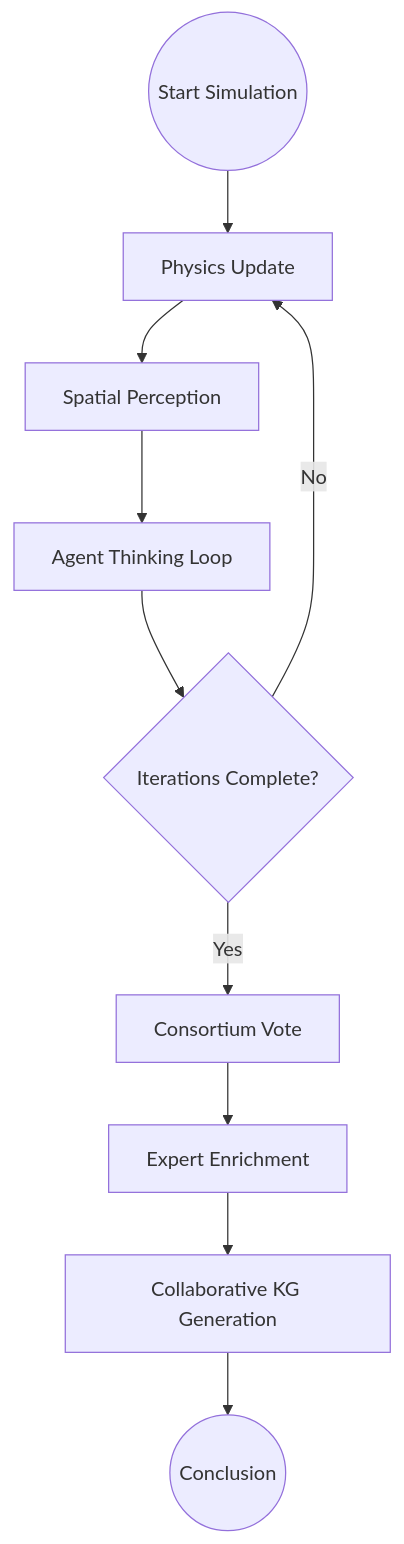
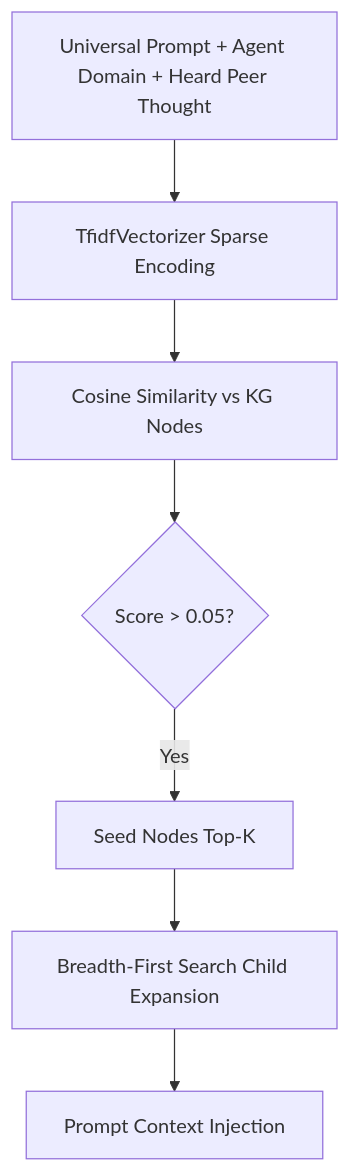
Before and after one commit to AnimalGuide-MackHaber/Murmuration_swarm: the third of 3 diagrams in README.md, drawn with Mermaid. The commit also changed other lines of this file and 155 other files, not shown here.

Commit message:
Refactor core architecture, add FastAPI/React Control Tower, synthetic organism governor, and update documentation

````diff
--- a/README.md
+++ b/README.md
@@ -11,12 +115,9 @@
 ```mermaid
 graph TD
-    Start((Start Simulation)) --> Physics[Physics Update]
-    Physics --> Perceive[Spatial Perception]
-    Perceive --> Think[Agent Thinking Loop]
-    Think --> Continue{Iterations Complete?}
-    Continue -- No --> Physics
-    Continue -- Yes --> Vote[Consortium Vote]
-    Vote --> Enrich[Expert Enrichment]
-    Enrich --> KG[Collaborative KG Generation]
-    KG --> End((Conclusion))
+    Query[Universal Prompt + Agent Domain + Heard Peer Thought] --> Vectorize[TfidfVectorizer Sparse Encoding]
+    Vectorize --> Cosine[Cosine Similarity vs KG Nodes]
+    Cosine --> TopK{Score > 0.05?}
+    TopK -- Yes --> Seed[Seed Nodes Top-K]
+    Seed --> BFS[Breadth-First Search Child Expansion]
+    BFS --> Prompt[Prompt Context Injection]
 ```
````
